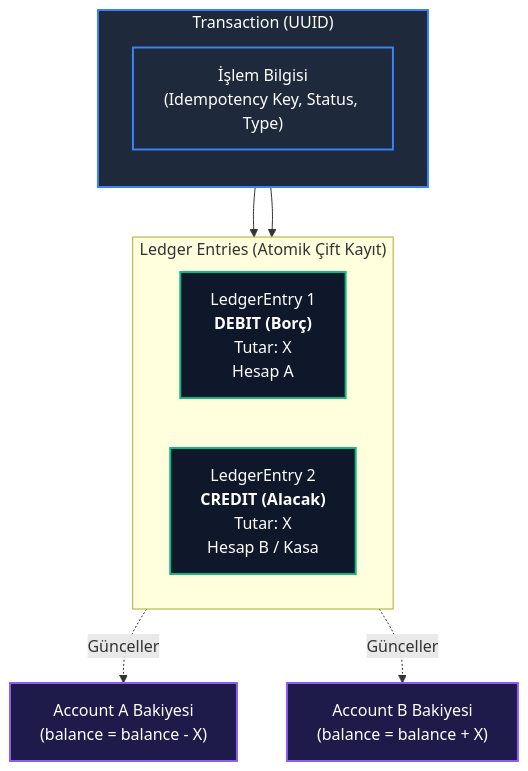
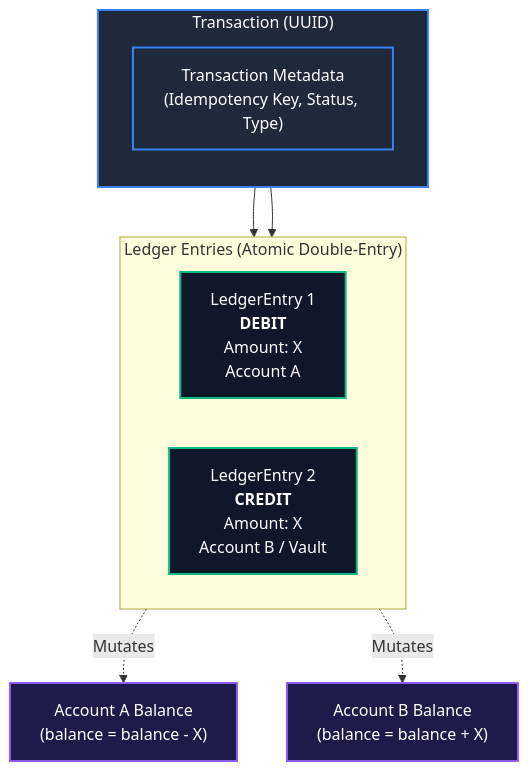
Before and after one commit to AKeremT/core-banking-ledger: the second of 2 diagrams in DATABASE_SCHEMA.md, drawn with Mermaid. The commit also changed other lines of this file and 11 other files, not shown here.

Commit message:
docs(repo): translate schema to english and exclude internal study guides from git tracking

````diff
--- a/DATABASE_SCHEMA.md
+++ b/DATABASE_SCHEMA.md
@@ -67,26 +67,26 @@
 ```mermaid
 flowchart TD
     subgraph TX["Transaction (UUID)"]
         direction TB
-        TInfo["İşlem Bilgisi<br/>(Idempotency Key, Status, Type)"]
+        TInfo["Transaction Metadata<br/>(Idempotency Key, Status, Type)"]
     end
 
-    subgraph Entries["Ledger Entries (Atomik Çift Kayıt)"]
+    subgraph Entries["Ledger Entries (Atomic Double-Entry)"]
         direction LR
-        Debit["LedgerEntry 1<br/><b>DEBIT (Borç)</b><br/>Tutar: X<br/>Hesap A"]
-        Credit["LedgerEntry 2<br/><b>CREDIT (Alacak)</b><br/>Tutar: X<br/>Hesap B / Kasa"]
+        Debit["LedgerEntry 1<br/><b>DEBIT</b><br/>Amount: X<br/>Account A"]
+        Credit["LedgerEntry 2<br/><b>CREDIT</b><br/>Amount: X<br/>Account B / Vault"]
     end
 
     TX --> Debit
     TX --> Credit
-    Debit -.->|Günceller| AccA["Account A Bakiyesi<br/>(balance = balance - X)"]
-    Credit -.->|Günceller| AccB["Account B Bakiyesi<br/>(balance = balance + X)"]
+    Debit -.->|Mutates| AccA["Account A Balance<br/>(balance = balance - X)"]
+    Credit -.->|Mutates| AccB["Account B Balance<br/>(balance = balance + X)"]
 
     classDef txStyle fill:#1e293b,stroke:#3b82f6,stroke-width:2px,color:#fff;
     classDef entryStyle fill:#0f172a,stroke:#10b981,stroke-width:2px,color:#fff;
     classDef accStyle fill:#1e1b4b,stroke:#8b5cf6,stroke-width:2px,color:#fff;
 
     class TX,TInfo txStyle;
     class Debit,Credit entryStyle;
     class AccA,AccB accStyle;
 ```
````
